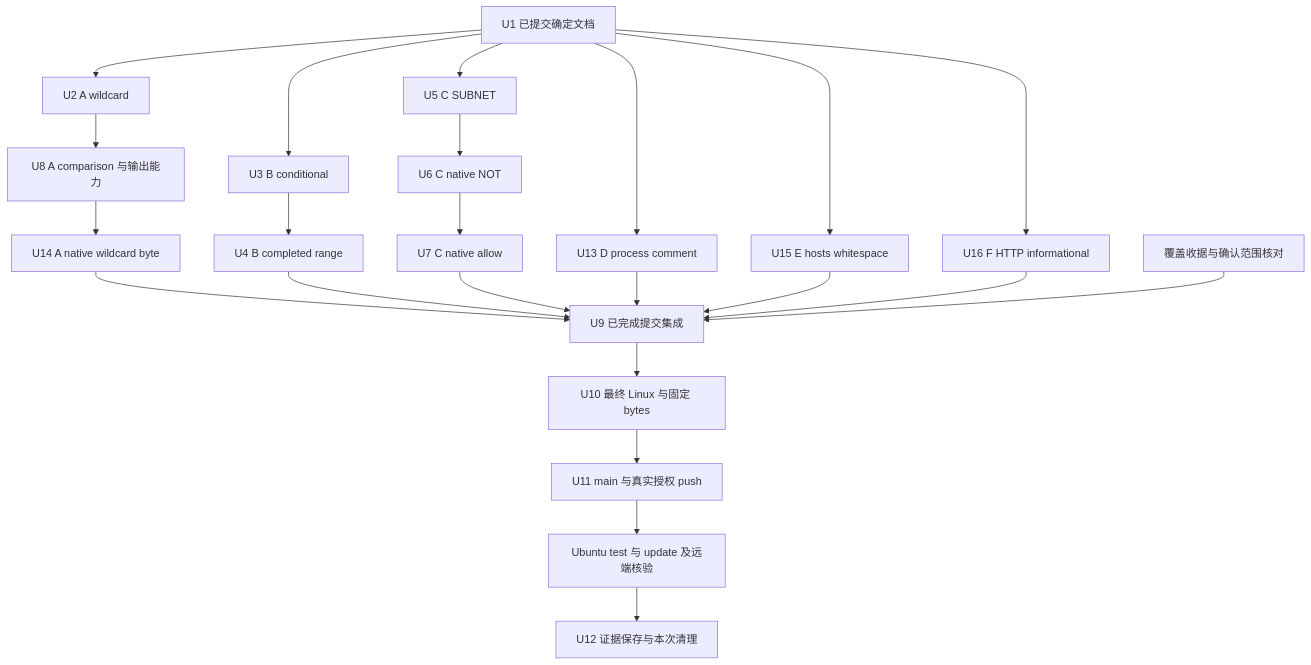
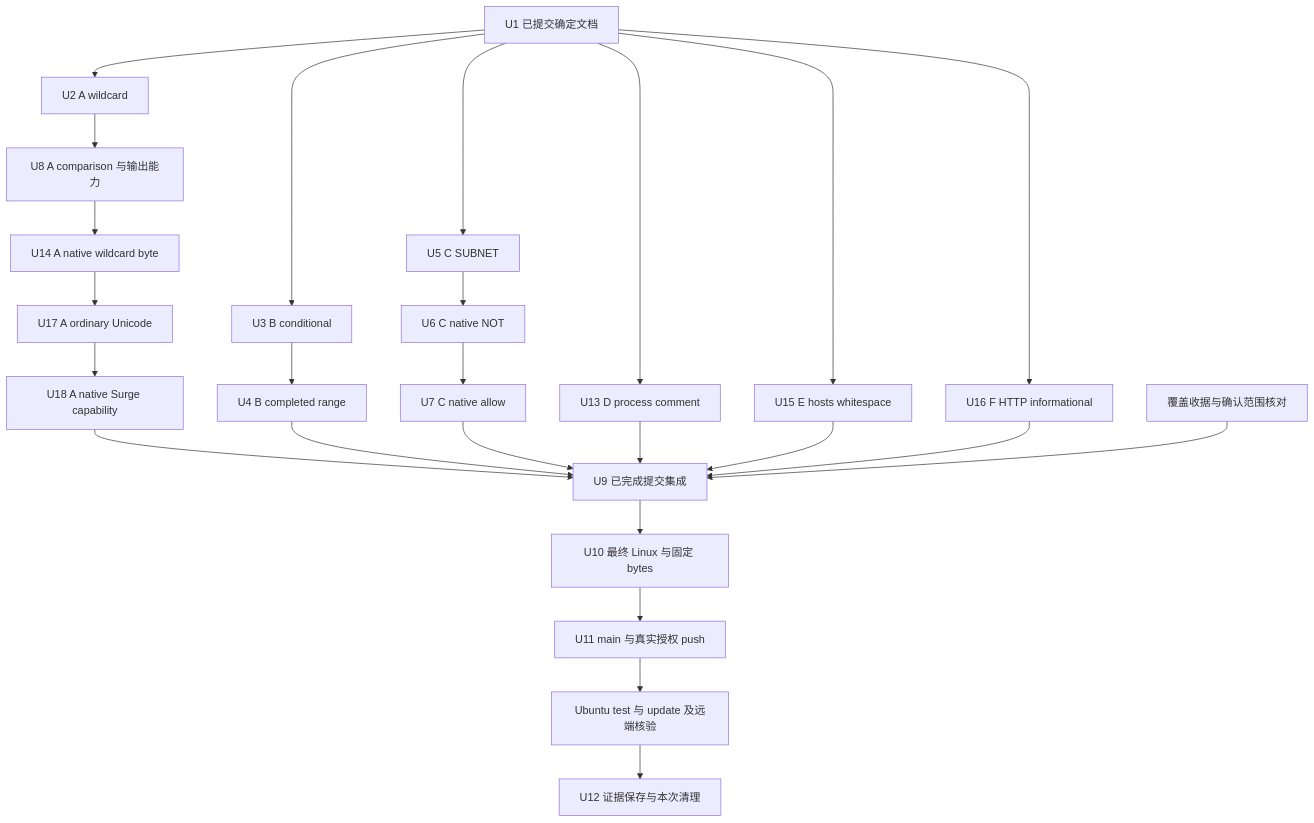
The second of 2 diagrams in docs/superpowers/plans/2026-10-24-functional-audit.md (DoingDog/rconvert), drawn with Mermaid before and after one commit. The commit also changed other lines of this file and 1 other file, not shown here.

First line of the commit message:
Specify Unicode projection and target capability fixes (U1)

````diff
--- a/docs/superpowers/plans/2026-10-24-functional-audit.md
+++ b/docs/superpowers/plans/2026-10-24-functional-audit.md
@@ -117,25 +119,27 @@
 ```mermaid
 flowchart TB
     Q[U1 已提交确定文档] --> A1[U2 A wildcard]
     A1 --> A2[U8 A comparison 与输出能力]
     Q --> B1[U3 B conditional]
     B1 --> B2[U4 B completed range]
     Q --> C1[U5 C SUBNET]
     C1 --> C2[U6 C native NOT]
     C2 --> C3[U7 C native allow]
     A2 --> A3[U14 A native wildcard byte]
-    A3 --> I[U9 已完成提交集成]
+    A3 --> A4[U17 A ordinary Unicode]
+    A4 --> A5[U18 A native Surge capability]
+    A5 --> I[U9 已完成提交集成]
     B2 --> I
     C3 --> I
     Q --> D1[U13 D process comment]
     D1 --> I
     Q --> E1[U15 E hosts whitespace]
     E1 --> I
     Q --> F1[U16 F HTTP informational]
     F1 --> I
     COV[覆盖收据与确认范围核对] --> I
     I --> F[U10 最终 Linux 与固定 bytes]
     F --> M[U11 main 与真实授权 push]
     M --> V[Ubuntu test 与 update 及远端核验]
     V --> X[U12 证据保存与本次清理]
 ```
````
